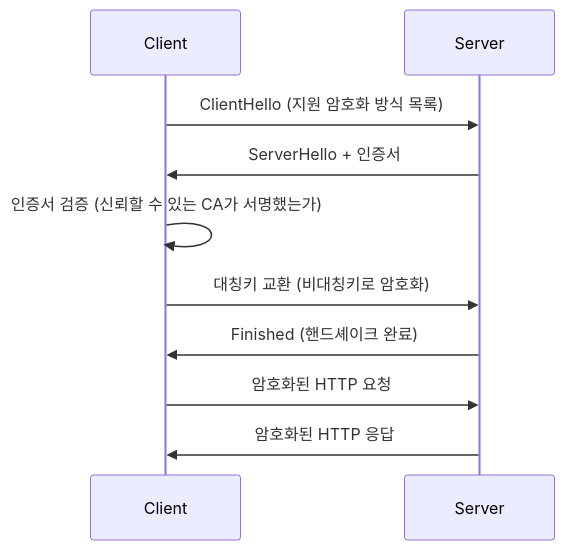
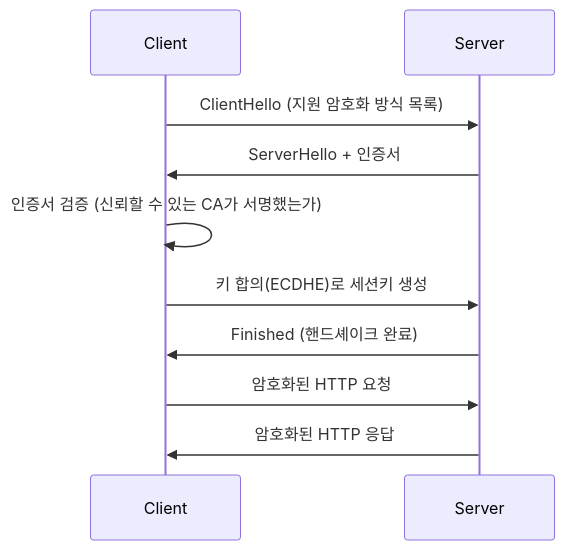
Before and after one commit to 42jerrykim/42jerrykim.github.io: the diagram in content/collection/computerterms/http-and-https/index.md, drawn with Mermaid. The commit also changed other lines of this file and 33 other files, not shown here.

````diff
--- a/content/collection/computerterms/http-and-https/index.md
+++ b/content/collection/computerterms/http-and-https/index.md
@@ -65,12 +65,12 @@
 ```mermaid
 sequenceDiagram
     participant C as Client
     participant S as Server
     C->>S: ClientHello (지원 암호화 방식 목록)
     S->>C: ServerHello + 인증서
     C->>C: 인증서 검증 (신뢰할 수 있는 CA가 서명했는가)
-    C->>S: 대칭키 교환 (비대칭키로 암호화)
+    C->>S: 키 합의(ECDHE)로 세션키 생성
     S->>C: Finished (핸드셰이크 완료)
     C->>S: 암호화된 HTTP 요청
     S->>C: 암호화된 HTTP 응답
 ```
````
